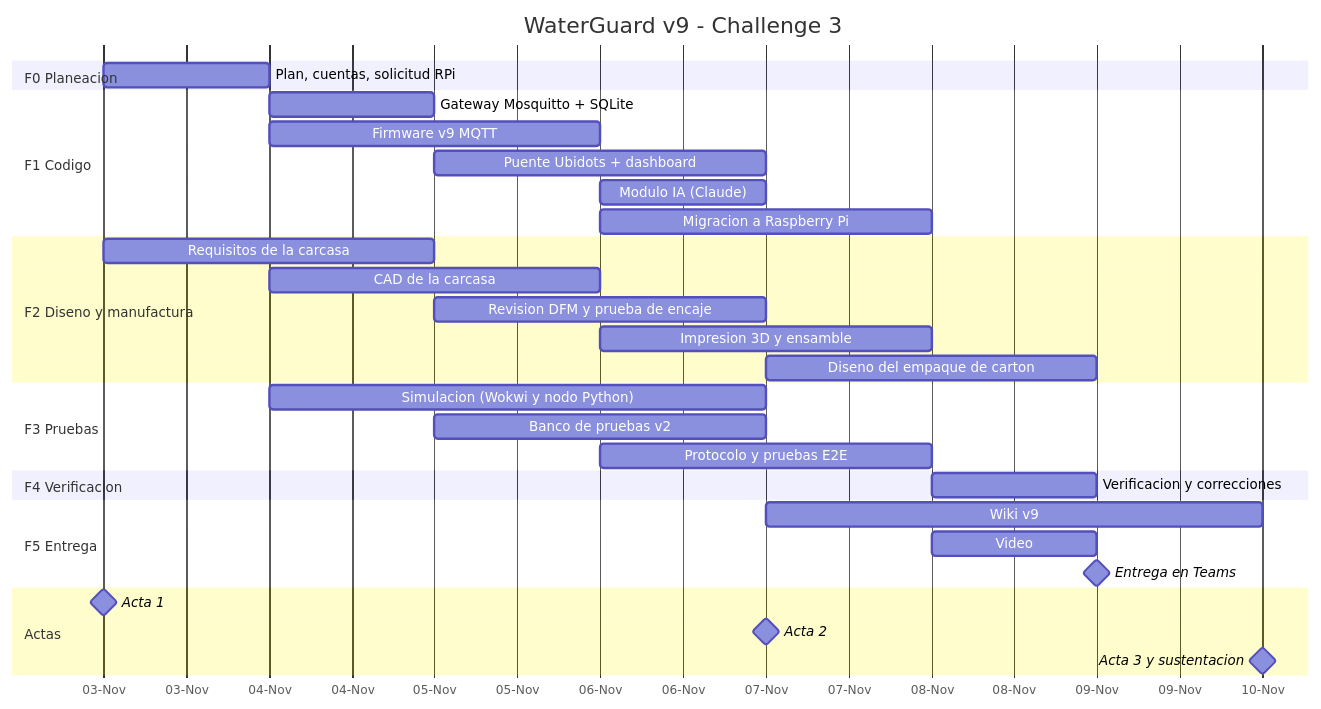
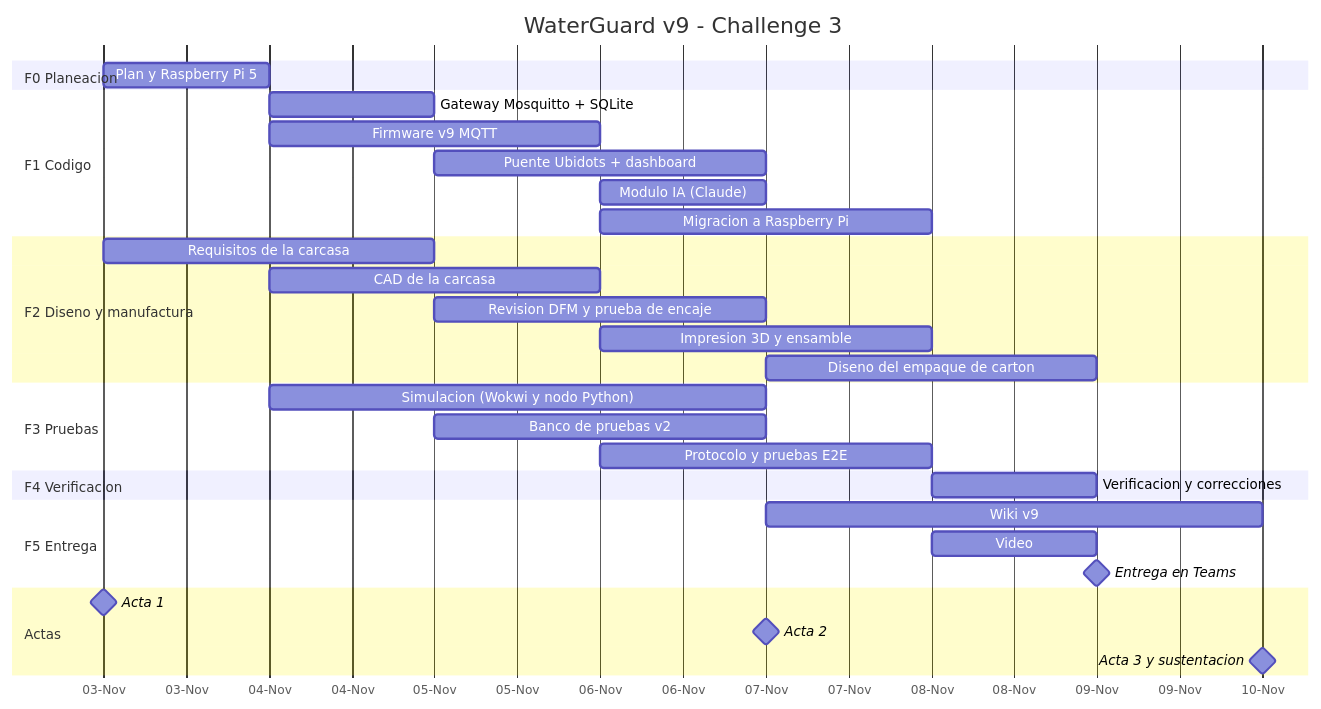
The second of 2 diagrams in wiki/0.-Plan-del-Challenge-3.md (Juan100205/IOTPROYECTOFINAL3CORTE), drawn with Mermaid before and after one commit. The commit also changed other lines of this file and 5 other files, not shown here.

Commit message:
Raspberry Pi 5 definida, sin tareas de cuentas, actas con firma digital

````diff
--- a/wiki/0.-Plan-del-Challenge-3.md
+++ b/wiki/0.-Plan-del-Challenge-3.md
@@ -181,34 +181,34 @@
 ```mermaid
 gantt
   title WaterGuard v9 - Challenge 3
   dateFormat YYYY-MM-DD
   axisFormat %d-%b
   section F0 Planeacion
-  Plan, cuentas, solicitud RPi        :f0, 2026-11-03, 1d
+  Plan y Raspberry Pi 5               :f0, 2026-11-03, 1d
   section F1 Codigo
   Gateway Mosquitto + SQLite          :f1a, 2026-11-04, 1d
   Firmware v9 MQTT                    :f1b, 2026-11-04, 2d
   Puente Ubidots + dashboard          :f1c, 2026-11-05, 2d
   Modulo IA (Claude)                  :f1d, 2026-11-06, 1d
   Migracion a Raspberry Pi            :f1e, 2026-11-06, 2d
   section F2 Diseno y manufactura
   Requisitos de la carcasa            :f2a, 2026-11-03, 2d
   CAD de la carcasa                   :f2b, 2026-11-04, 2d
   Revision DFM y prueba de encaje     :f2c, 2026-11-05, 2d
   Impresion 3D y ensamble             :f2d, 2026-11-06, 2d
   Diseno del empaque de carton        :f2e, 2026-11-07, 2d
   section F3 Pruebas
   Simulacion (Wokwi y nodo Python)    :f3a, 2026-11-04, 3d
   Banco de pruebas v2                 :f3b, 2026-11-05, 2d
   Protocolo y pruebas E2E             :f3c, 2026-11-06, 2d
   section F4 Verificacion
   Verificacion y correcciones         :f4, 2026-11-08, 1d
   section F5 Entrega
   Wiki v9                             :f5a, 2026-11-07, 3d
   Video                               :f5b, 2026-11-08, 1d
   Entrega en Teams                    :milestone, f5c, 2026-11-09, 0d
   section Actas
   Acta 1                              :milestone, a1, 2026-11-03, 0d
   Acta 2                              :milestone, a2, 2026-11-07, 0d
   Acta 3 y sustentacion               :milestone, a3, 2026-11-10, 0d
 ```
````
